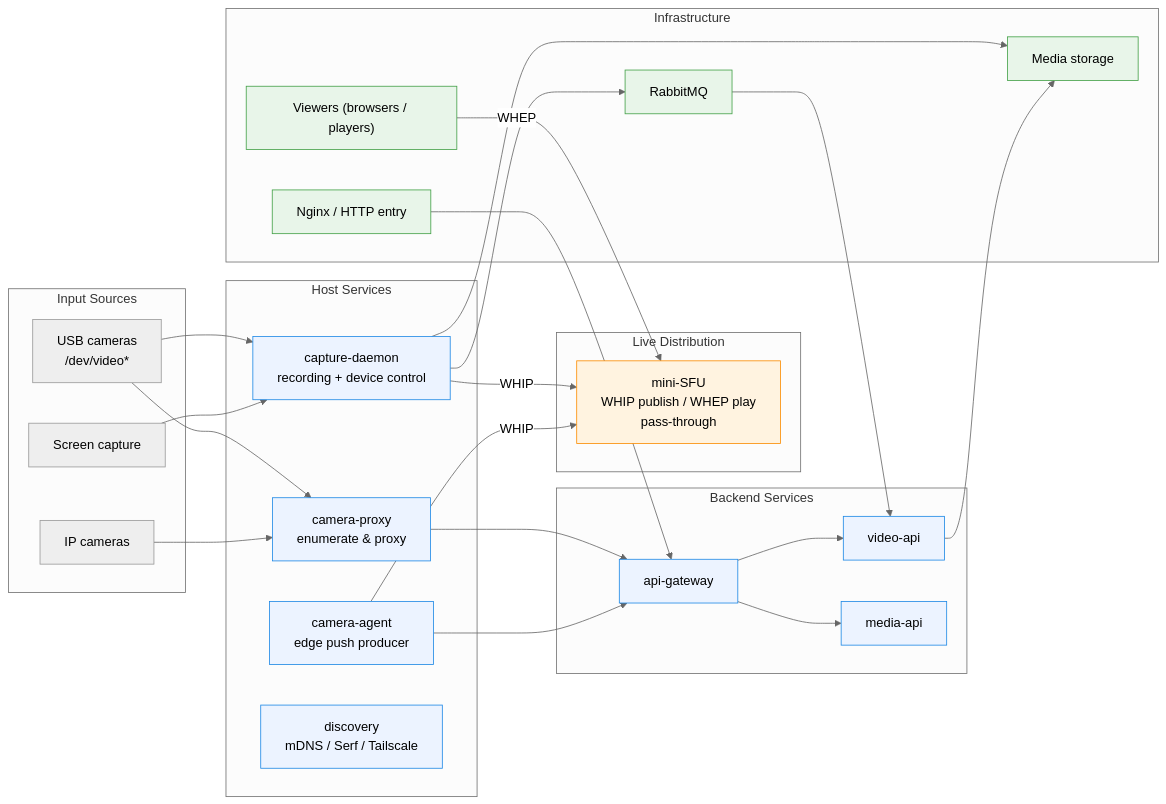
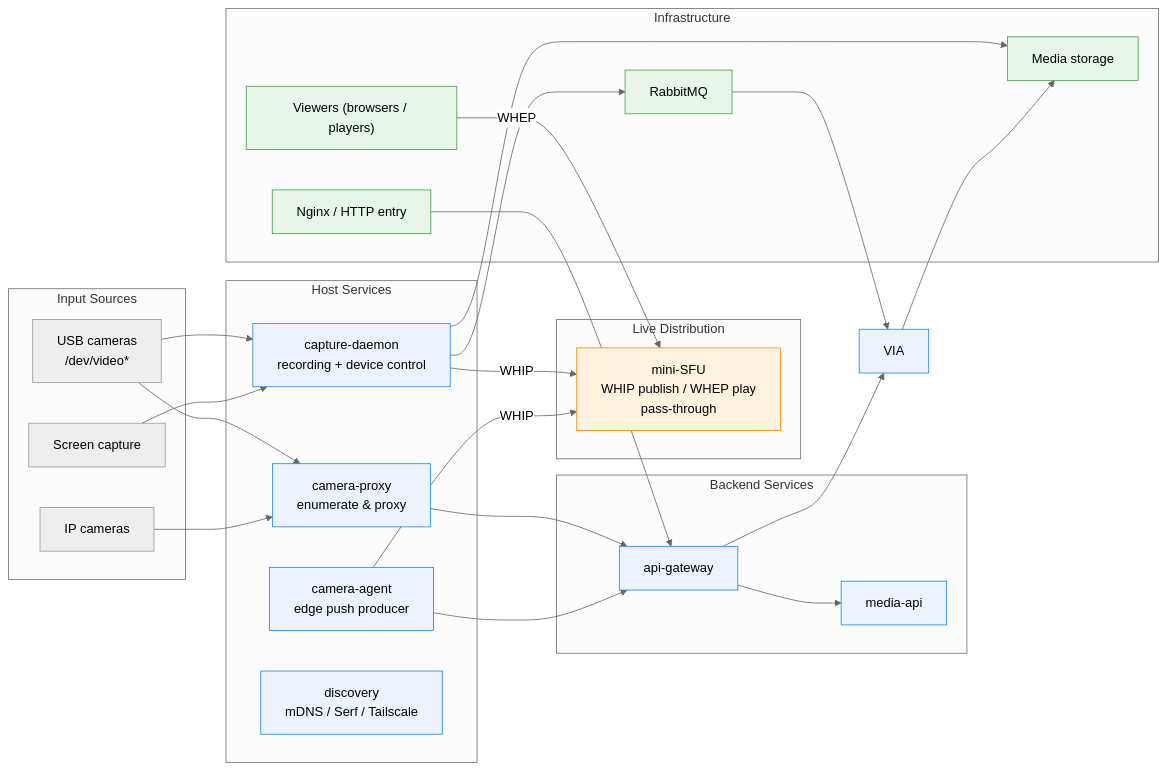
Before and after one commit to Cdaprod/ThatDAMToolbox: the fourth of 10 diagrams in README.md, drawn with Mermaid (neutral theme). The commit also changed other lines of this file and 27 other files, not shown here.

````diff
--- a/README.md
+++ b/README.md
@@ -305,63 +306,62 @@
 ```mermaid
 flowchart LR
   %% Groups
   subgraph INPUT["Input Sources"]
     USB["USB cameras\n/dev/video*"]
     IP["IP cameras"]
     SCREEN["Screen capture"]
   end
 
   subgraph HOST["Host Services"]
     CAPTURE["capture-daemon\nrecording + device control"]
     PROXY["camera-proxy\nenumerate & proxy"]
     AGENT["camera-agent\nedge push producer"]
     DISC["discovery\nmDNS / Serf / Tailscale"]
   end
 
   subgraph LIVE["Live Distribution"]
     SFU["mini-SFU\nWHIP publish / WHEP play\npass-through"]
   end
 
   subgraph BACKEND["Backend Services"]
     GW["api-gateway"]
-    VIA["video-api"]
     MIA["media-api"]
   end
 
   subgraph INFRA["Infrastructure"]
     MQ["RabbitMQ"]
     STORE["Media storage"]
     NGX["Nginx / HTTP entry"]
     VIEW["Viewers (browsers / players)"]
   end
 
   %% Paths
   USB --> CAPTURE
   USB --> PROXY
   IP  --> PROXY
   SCREEN --> CAPTURE
 
   PROXY --> GW
   AGENT --> GW
 
   CAPTURE -- "WHIP" --> SFU
   AGENT   -- "WHIP" --> SFU
   VIEW    -- "WHEP" --> SFU
 
   CAPTURE --> STORE
   CAPTURE --> MQ
   MQ --> VIA
   VIA --> STORE
   GW --> VIA
   GW --> MIA
   NGX --> GW
 
   %% Styles (keep to safe properties)
   classDef svc fill:#ECF3FF,stroke:#1E88E5,stroke-width:1px;
   classDef live fill:#FFF3E0,stroke:#FB8C00,stroke-width:1px;
   classDef infra fill:#E8F5E9,stroke:#43A047,stroke-width:1px;
 
   class CAPTURE,PROXY,AGENT,DISC,GW,VIA,MIA svc;
   class SFU live;
   class MQ,STORE,NGX,VIEW infra;
 ```
````
